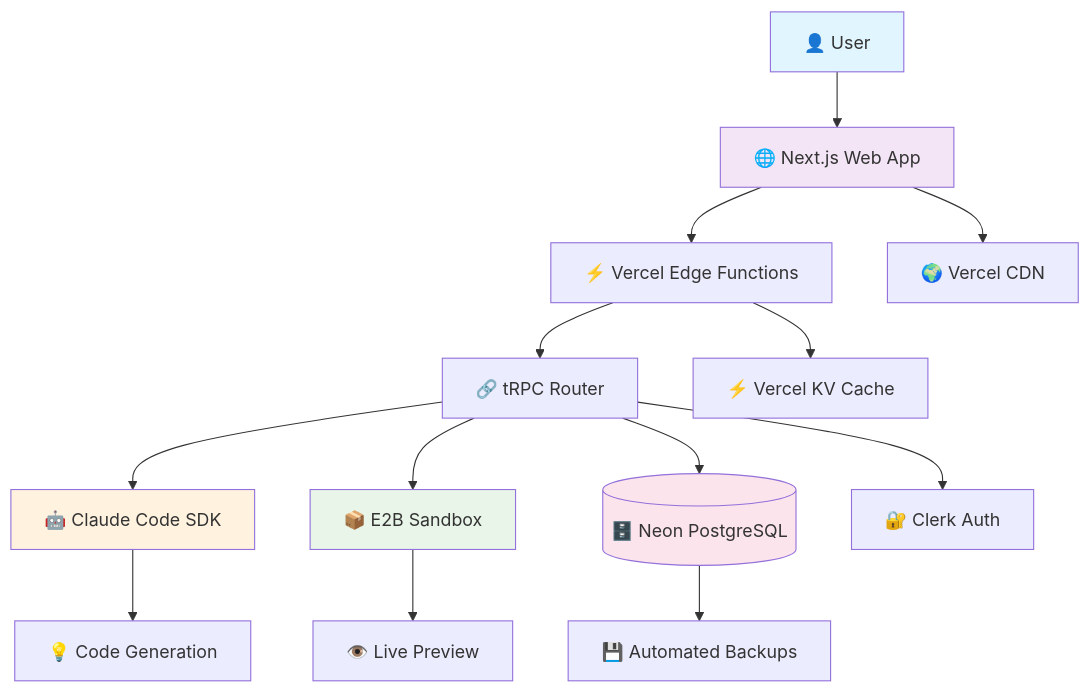
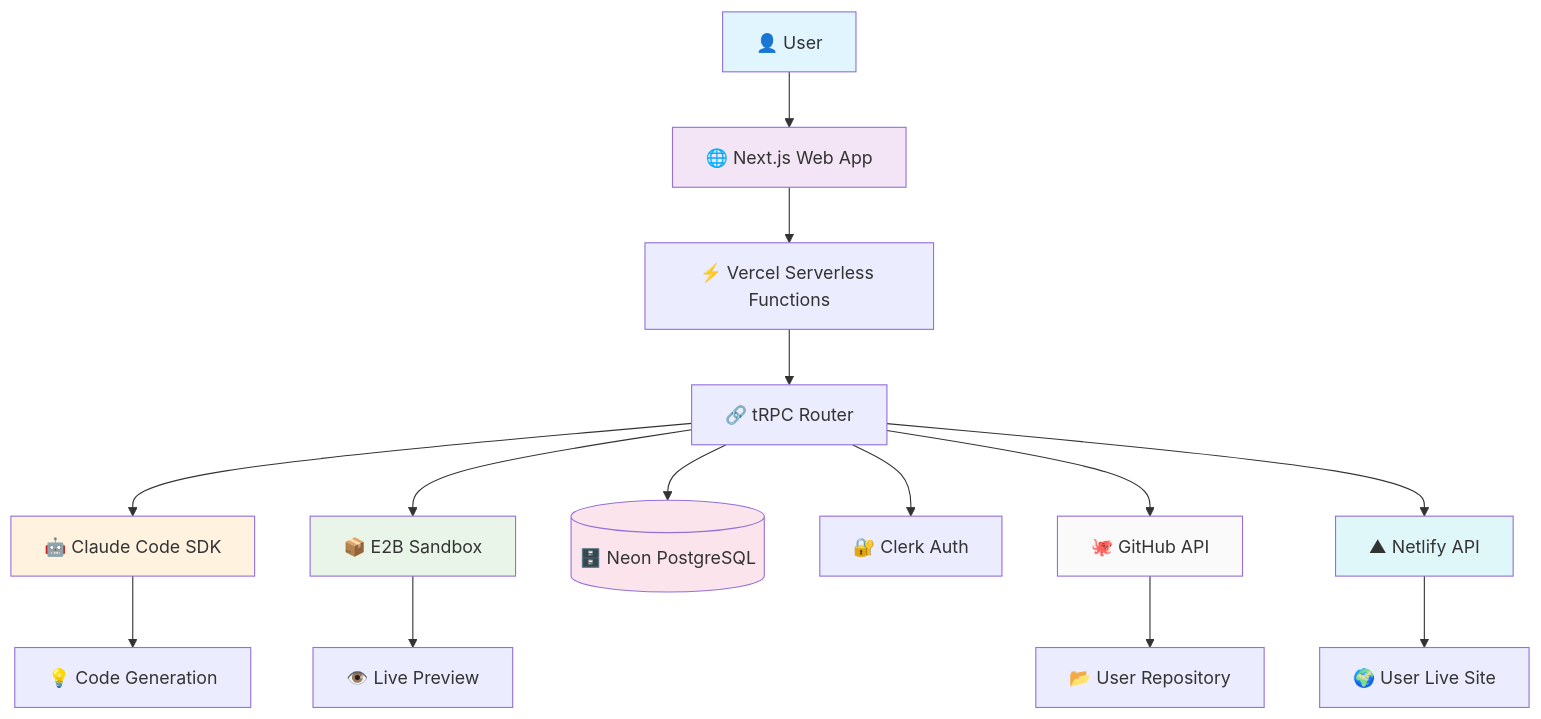
One commit to Flychuban/Stryama changed the diagram in docs/architecture.md. Above: the diagram before and after it, drawn with Mermaid. The commit also changed other lines of this file and 3 other files, not shown here.

First line of the commit message:
Update architecture and project brief documentation to reflect recent enhancements and integrations. Key changes include:

````diff
--- a/docs/architecture.md
+++ b/docs/architecture.md
@@ -70,25 +48,26 @@
 ```mermaid
 graph TB
     User[👤 User] --> Web[🌐 Next.js Web App]
-    Web --> Edge[⚡ Vercel Edge Functions]
+    Web --> Edge[⚡ Vercel Serverless Functions]
 
     Edge --> tRPC[🔗 tRPC Router]
     tRPC --> Claude[🤖 Claude Code SDK]
     tRPC --> E2B[📦 E2B Sandbox]
     tRPC --> DB[(🗄️  Neon PostgreSQL)]
     tRPC --> Auth[🔐 Clerk Auth]
+    tRPC --> GitHub[🐙 GitHub API]
+    tRPC --> Netlify[▲ Netlify API]
 
     Claude --> AIGen[💡 Code Generation]
     E2B --> Preview[👁️ Live Preview]
-
-    Edge --> Cache[⚡ Vercel KV Cache]
-    Web --> CDN[🌍 Vercel CDN]
-
-    DB --> Backup[💾 Automated Backups]
+    GitHub --> Repo[📂 User Repository]
+    Netlify --> LiveSite[🌍 User Live Site]
 
     style User fill:#e1f5fe
     style Web fill:#f3e5f5
     style Claude fill:#fff3e0
     style E2B fill:#e8f5e8
     style DB fill:#fce4ec
+    style GitHub fill:#fafafa
+    style Netlify fill:#e0f7fa
 ```
````
